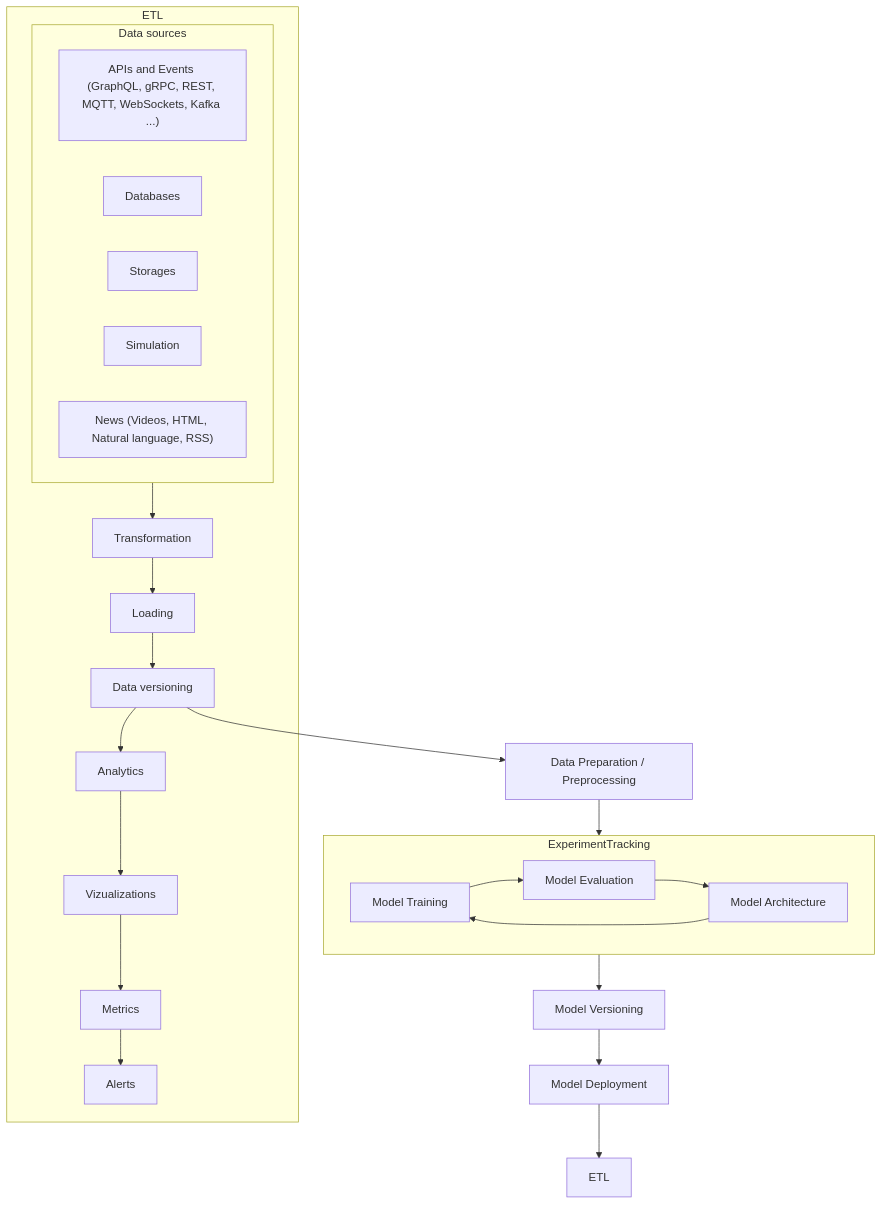
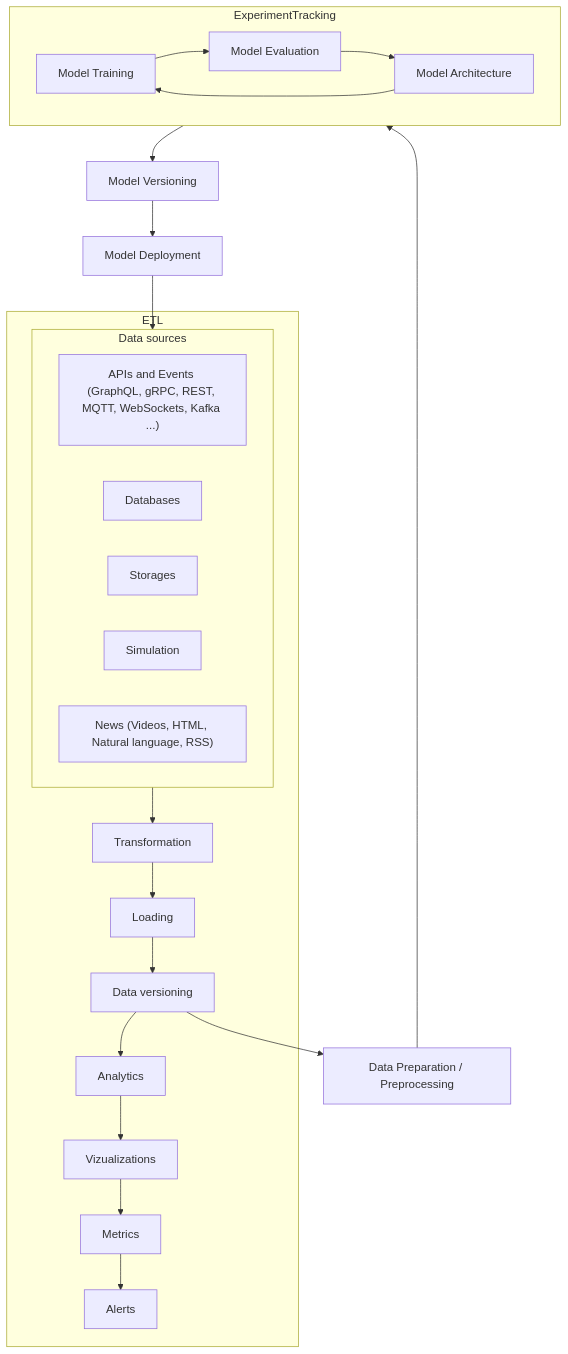
One commit to sanchezcarlosjr/evolufy changed the diagram in README.md. Above: the diagram before and after it, drawn with Mermaid.

````diff
--- a/README.md
+++ b/README.md
@@ -18,33 +18,33 @@
 ```mermaid
   graph TD;
       subgraph ETL 
           subgraph DataSources["Data sources"]
               APIs["APIs and Events (GraphQL, gRPC, REST, MQTT, WebSockets, Kafka ...)"]
               Databases
               Storages
               Simulation
               News["News (Videos, HTML, Natural language, RSS)"]
           end
           DataSources
           -->Transformation
           -->Loading
           -->DataVersioning["Data versioning"]
           -->Analytics
           -->Vizualizations
           -->Metrics
           -->Alerts
       end
       DataVersioning
       -->DataPreparation["Data Preparation / Preprocessing"]
       -->ExperimentTracking
       subgraph ExperimentTracking
           ModelTraining["Model Training"]
           -->ModelEvaluation["Model Evaluation"]
           -->ModelArchitecture["Model Architecture"]
           -->ModelTraining
       end
       ExperimentTracking
       -->ModelVersioning["Model Versioning"]
       -->ModelDeployment["Model Deployment"]
-     -->ETL
+     -->DataSources
 ```
````
